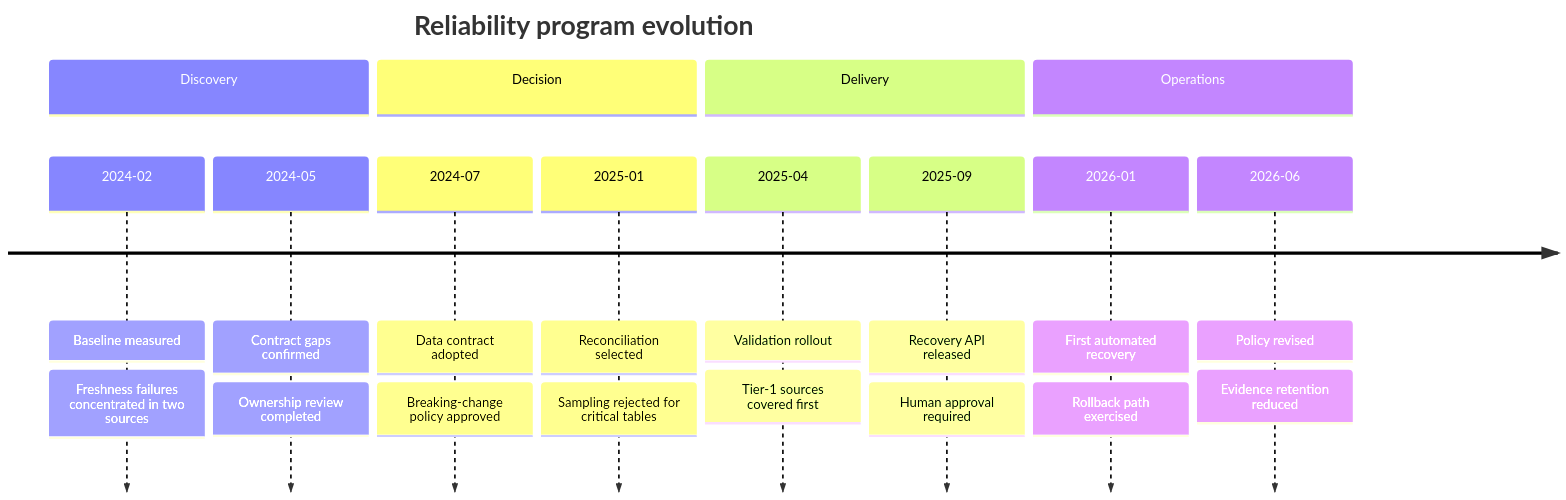
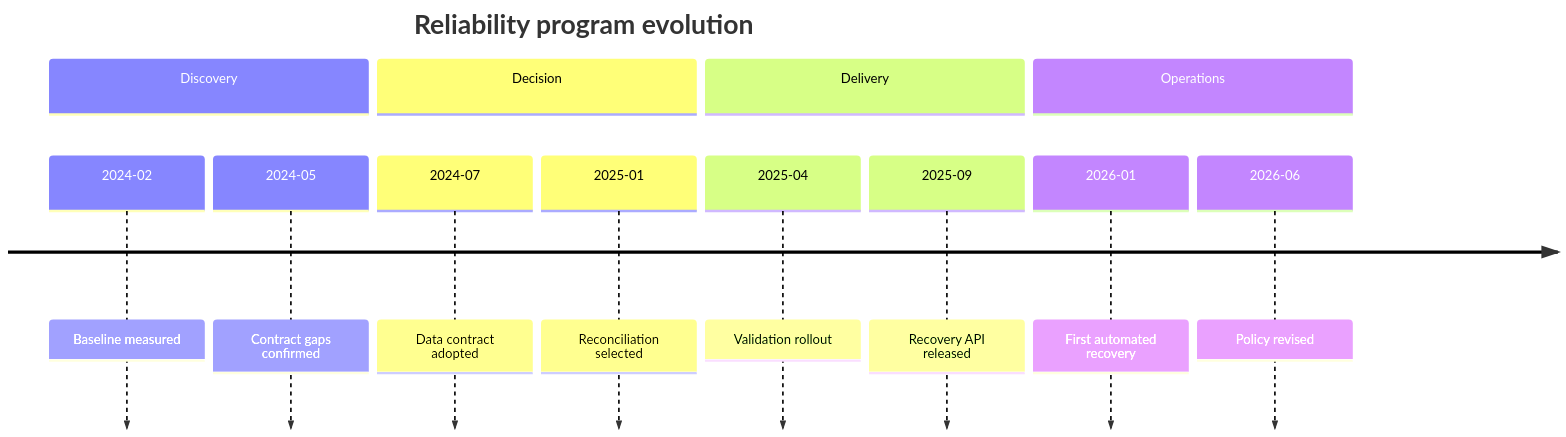
The third of 5 diagrams in src/rulesync/.rulesync/skills/mols-mermaid-diagram/references/examples/timeline.md (mols3131d/mols-agent-assets), drawn with Mermaid before and after one commit. The commit also changed other lines of this file and 27 other files, not shown here.

Commit message:
docs(mermaid): diagram examples 단계별 고도화

````diff
--- a/src/rulesync/.rulesync/skills/mols-mermaid-diagram/references/examples/timeline.md
+++ b/src/rulesync/.rulesync/skills/mols-mermaid-diagram/references/examples/timeline.md
@@ -17,24 +55,16 @@
 ```mermaid
 timeline
     title Reliability program evolution
     section Discovery
         2024-02 : Baseline measured
-            : Freshness failures concentrated in two sources
         2024-05 : Contract gaps confirmed
-            : Ownership review completed
     section Decision
         2024-07 : Data contract adopted
-            : Breaking-change policy approved
         2025-01 : Reconciliation selected
-            : Sampling rejected for critical tables
     section Delivery
         2025-04 : Validation rollout
-            : Tier-1 sources covered first
         2025-09 : Recovery API released
-            : Human approval required
     section Operations
         2026-01 : First automated recovery
-            : Rollback path exercised
         2026-06 : Policy revised
-            : Evidence retention reduced
 ```
````
